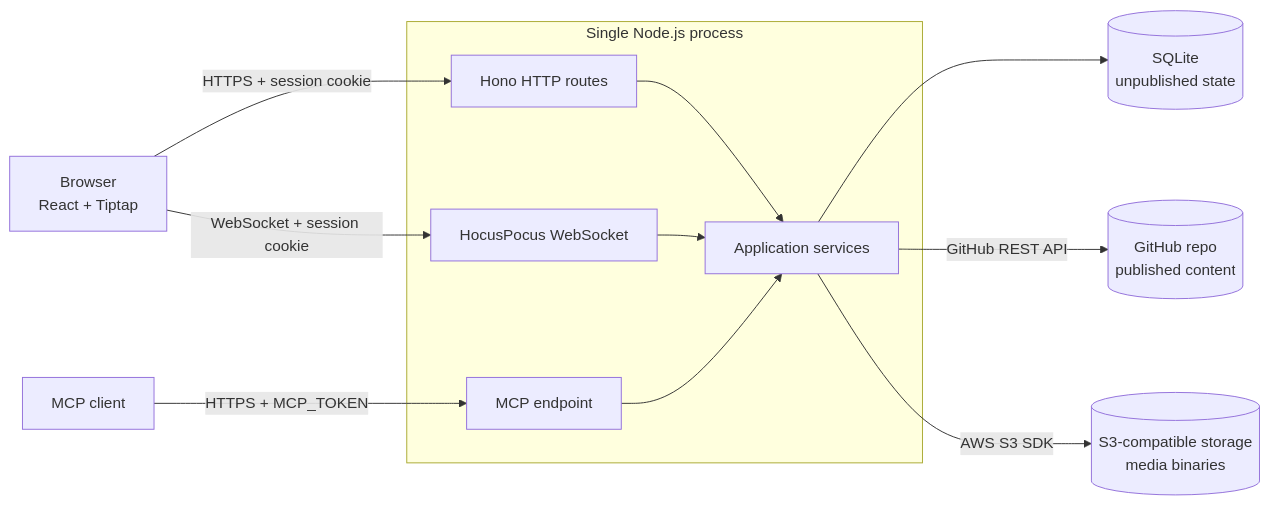
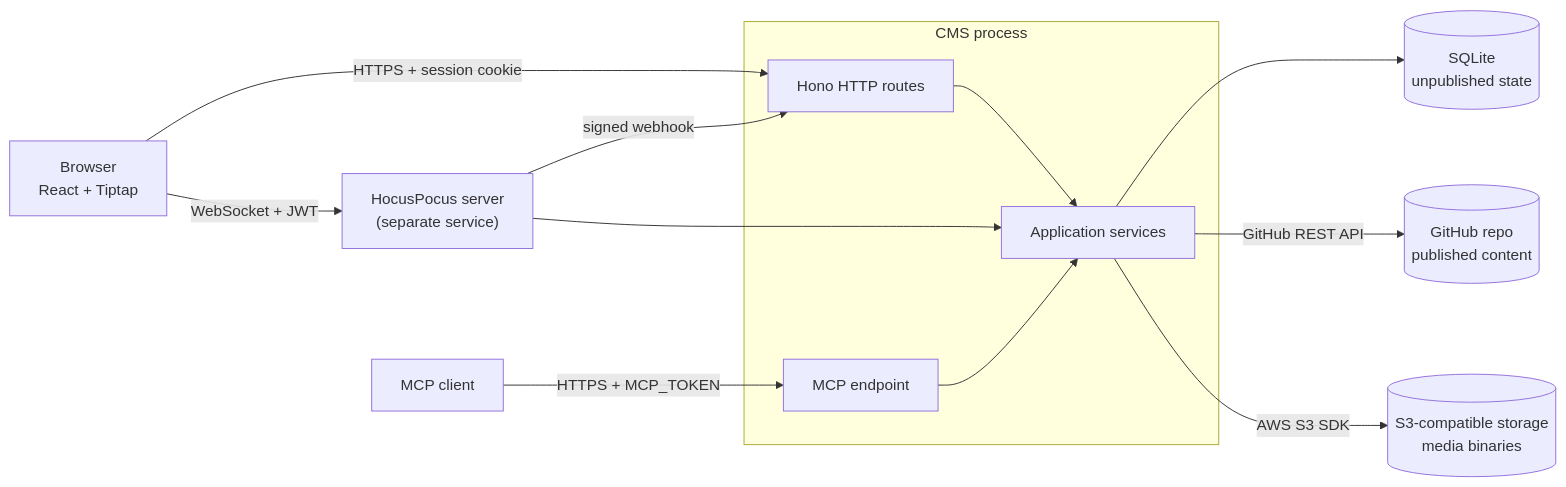
One commit to reduanmasud/astro-cms changed the diagram in docs/architecture.md. Above: the diagram before and after it, drawn with Mermaid. The commit also changed other lines of this file and 35 other files, not shown here.

````diff
--- a/docs/architecture.md
+++ b/docs/architecture.md
@@ -29,26 +29,28 @@
 ```mermaid
 flowchart LR
   Browser["Browser<br/>React + Tiptap"]
   MCPClient["MCP client"]
 
-  subgraph Node["Single Node.js process"]
+  subgraph Node["CMS process"]
     HTTP["Hono HTTP routes"]
-    WS["HocusPocus WebSocket"]
     MCP["MCP endpoint"]
     Services["Application services"]
   end
+
+  WS["HocusPocus server<br/>(separate service)"]
 
   SQLite[("SQLite<br/>unpublished state")]
   GitHub[("GitHub repo<br/>published content")]
   S3[("S3-compatible storage<br/>media binaries")]
 
   Browser -- "HTTPS + session cookie" --> HTTP
-  Browser -- "WebSocket + session cookie" --> WS
+  Browser -- "WebSocket + JWT" --> WS
   MCPClient -- "HTTPS + MCP_TOKEN" --> MCP
+  WS -- "signed webhook" --> HTTP
   HTTP --> Services
   WS --> Services
   MCP --> Services
   Services --> SQLite
   Services -- "GitHub REST API" --> GitHub
   Services -- "AWS S3 SDK" --> S3
 ```
````
